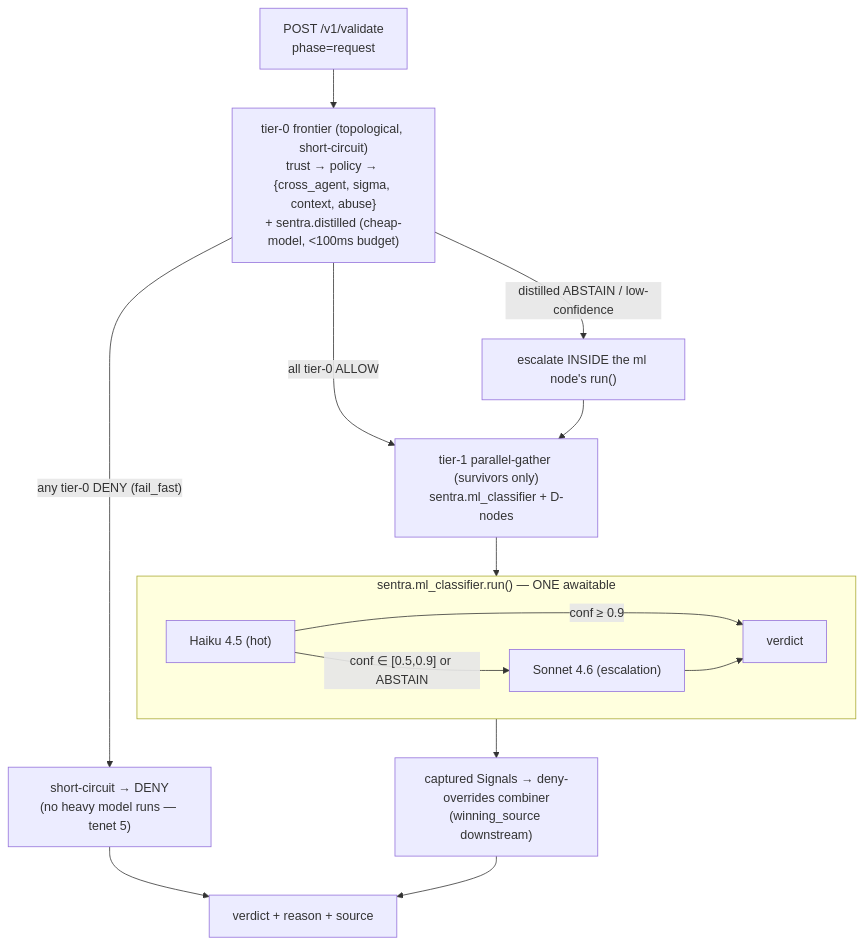
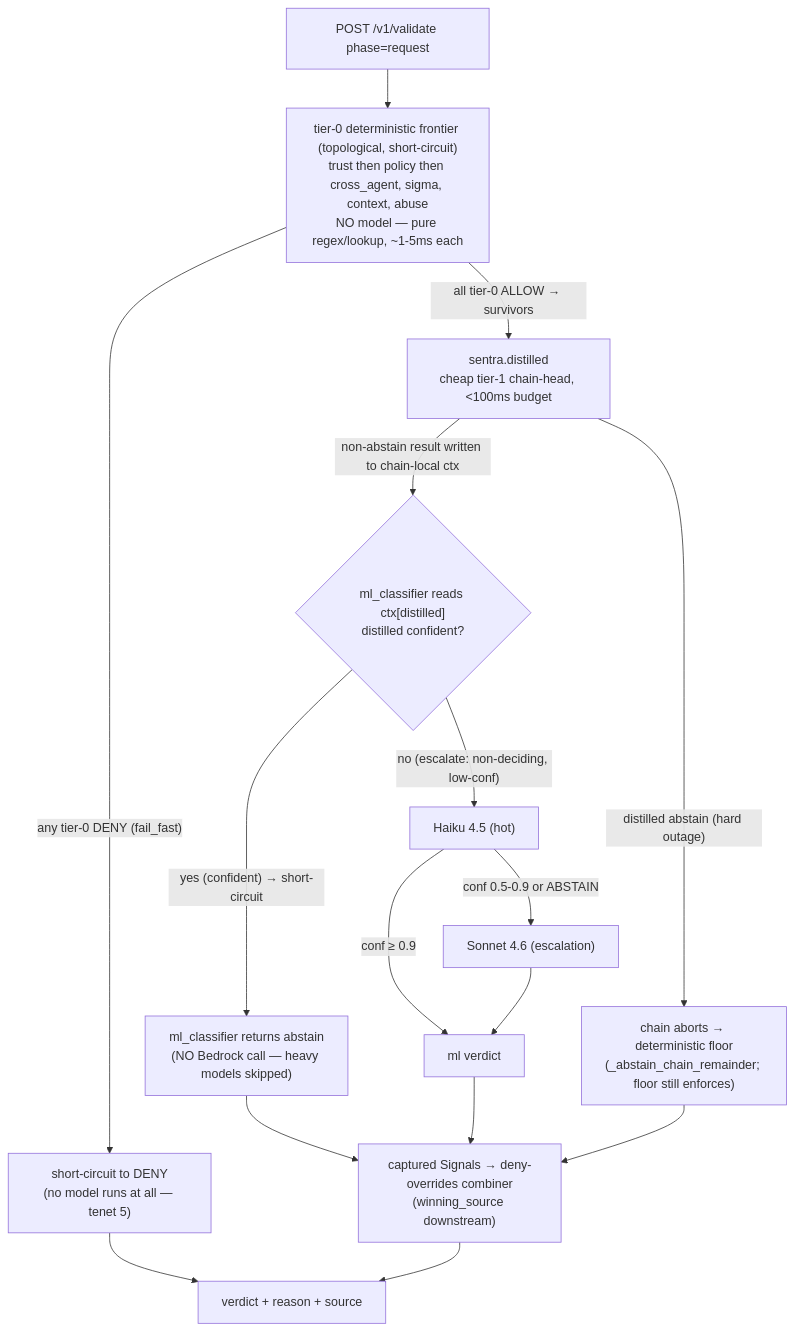
The first of 4 diagrams in lld/32-detection-depth.md (shashank31mar/Sentra), drawn with Mermaid before and after one commit. The commit also changed other lines of this file and 2 other files, not shown here.

Commit message:
ws-l: round-3 fix directives for lld/32 (FIX-A shadow=no-side-effects root cause, FIX-B tier-0 shadow-via-abstain, FIX-C WS-0 signed→distilled builds, FIX-D..G) + round-2 draft

````diff
--- a/lld/32-detection-depth.md
+++ b/lld/32-detection-depth.md
@@ -140,17 +151,18 @@
 ```mermaid
 flowchart TD
-  REQ["POST /v1/validate<br/>phase=request"] --> T0["tier-0 frontier (topological, short-circuit)<br/>trust → policy → {cross_agent, sigma, context, abuse}<br/>+ sentra.distilled (cheap-model, &lt;100ms budget)"]
-  T0 -->|"any tier-0 DENY (fail_fast)"| DENYFAST["short-circuit → DENY<br/>(no heavy model runs — tenet 5)"]
-  T0 -->|"distilled ABSTAIN / low-confidence"| ESC["escalate INSIDE the ml node's run()"]
-  T0 -->|"all tier-0 ALLOW"| T1["tier-1 parallel-gather (survivors only)<br/>sentra.ml_classifier + D-nodes"]
-  ESC --> T1
-  subgraph MLNODE["sentra.ml_classifier.run() — ONE awaitable"]
-    HAIKU["Haiku 4.5 (hot)"] -->|"conf ∈ [0.5,0.9] or ABSTAIN"| SONNET["Sonnet 4.6 (escalation)"]
-    HAIKU -->|"conf ≥ 0.9"| MLOUT["verdict"]
-    SONNET --> MLOUT
-  end
-  T1 --> MLNODE
-  MLNODE --> COMBINE["captured Signals → deny-overrides combiner<br/>(winning_source downstream)"]
+  REQ["POST /v1/validate phase=request"] --> T0["tier-0 deterministic frontier (topological, short-circuit)<br/>trust then policy then cross_agent, sigma, context, abuse<br/>NO model — pure regex/lookup, ~1-5ms each"]
+  T0 -->|"any tier-0 DENY (fail_fast)"| DENYFAST["short-circuit to DENY<br/>(no model runs at all — tenet 5)"]
+  T0 -->|"all tier-0 ALLOW → survivors"| DIST["sentra.distilled<br/>cheap tier-1 chain-head, &lt;100ms budget"]
+  DIST -->|"non-abstain result written to chain-local ctx"| READCTX{"ml_classifier reads ctx[distilled]<br/>distilled confident?"}
+  DIST -->|"distilled abstain (hard outage)"| ABORT["chain aborts → deterministic floor<br/>(_abstain_chain_remainder; floor still enforces)"]
+  READCTX -->|"yes (confident) → short-circuit"| SKIP["ml_classifier returns abstain<br/>(NO Bedrock call — heavy models skipped)"]
+  READCTX -->|"no (escalate: non-deciding, low-conf)"| HAIKU["Haiku 4.5 (hot)"]
+  HAIKU -->|"conf 0.5-0.9 or ABSTAIN"| SONNET["Sonnet 4.6 (escalation)"]
+  HAIKU -->|"conf ≥ 0.9"| MLOUT["ml verdict"]
+  SONNET --> MLOUT
+  SKIP --> COMBINE["captured Signals → deny-overrides combiner<br/>(winning_source downstream)"]
+  MLOUT --> COMBINE
+  ABORT --> COMBINE
   DENYFAST --> RESP["verdict + reason + source"]
   COMBINE --> RESP
 ```
````
